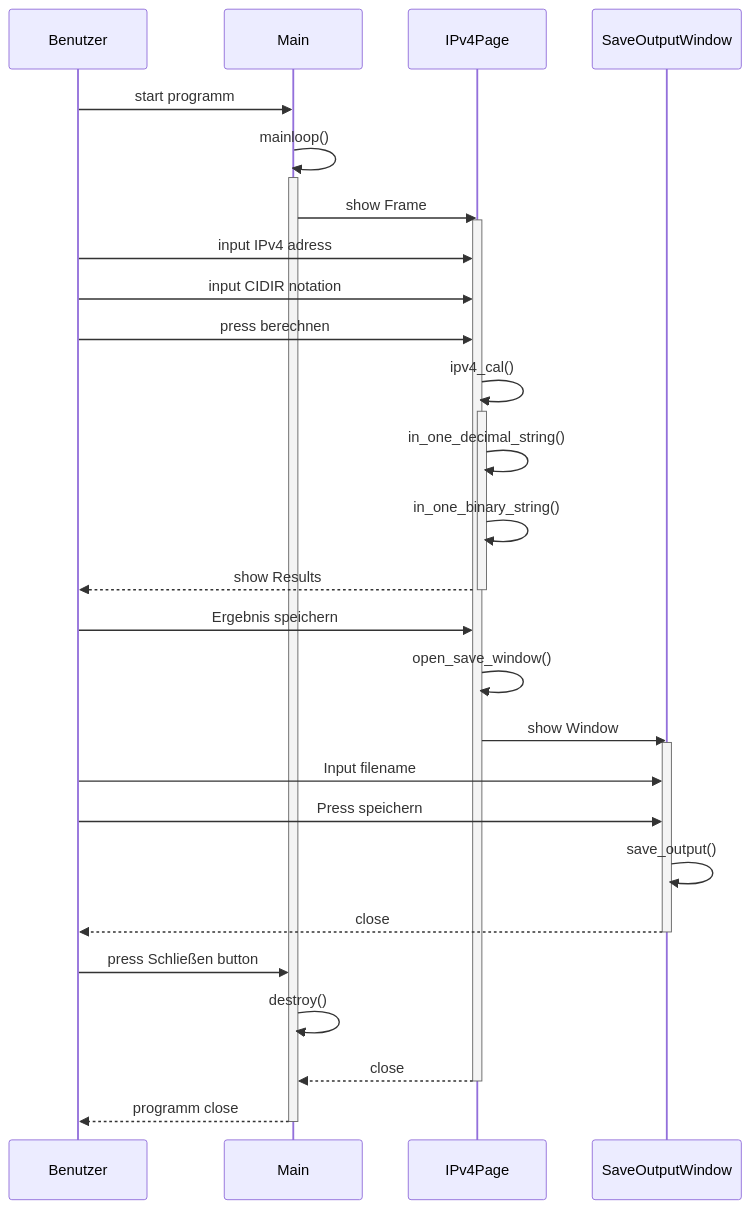
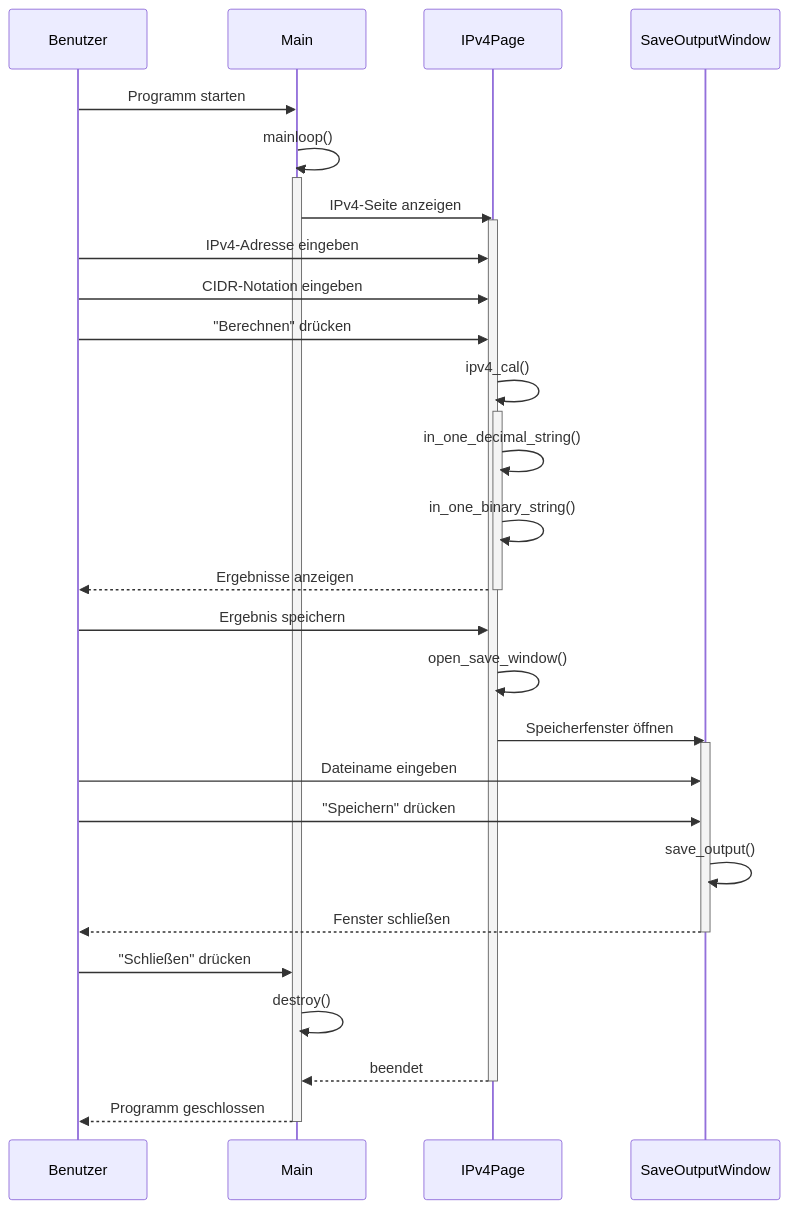
The diagram in README.md (devZenger/Netzwerkrechner), drawn with Mermaid before and after one commit. The commit also changed other lines of this file and 4 other files, not shown here.

````diff
--- a/README.md
+++ b/README.md
@@ -35,41 +69,41 @@
 ```mermaid
    sequenceDiagram
     participant User as Benutzer
     participant Main as Main
     participant IPv4Page as IPv4Page
     participant SaveOutputWindow as SaveOutputWindow
 
-    User ->> Main: start programm
+    User ->> Main: Programm starten
     
     Main ->> Main: mainloop()
     activate Main
-    Main ->> IPv4Page: show Frame
+    Main ->> IPv4Page: IPv4-Seite anzeigen
     activate IPv4Page
-    User ->> IPv4Page: input IPv4 adress
-    User ->> IPv4Page: input CIDIR notation
-    User ->> IPv4Page: press berechnen
+    User ->> IPv4Page: IPv4-Adresse eingeben
+    User ->> IPv4Page: CIDR-Notation eingeben
+    User ->> IPv4Page: "Berechnen" drücken
     
     IPv4Page ->> IPv4Page: ipv4_cal() 
     activate IPv4Page
     IPv4Page ->> IPv4Page: in_one_decimal_string()
     IPv4Page ->> IPv4Page: in_one_binary_string()
-    IPv4Page -->> User: show Results
+    IPv4Page -->> User: Ergebnisse anzeigen
     deactivate IPv4Page
 
     User ->> IPv4Page: Ergebnis speichern
     IPv4Page ->> IPv4Page: open_save_window()
-    IPv4Page ->> SaveOutputWindow: show Window
+    IPv4Page ->> SaveOutputWindow: Speicherfenster öffnen
     activate SaveOutputWindow
-    User ->> SaveOutputWindow: Input filename
-    User ->> SaveOutputWindow: Press speichern
+    User ->> SaveOutputWindow: Dateiname eingeben
+    User ->> SaveOutputWindow: "Speichern" drücken
     SaveOutputWindow ->> SaveOutputWindow: save_output()
-    SaveOutputWindow -->> User: close
+    SaveOutputWindow -->> User: Fenster schließen
     deactivate SaveOutputWindow
     
-    User ->> Main: press Schließen button
+    User ->> Main: "Schließen" drücken
     Main ->> Main: destroy()
-    IPv4Page -->> Main : close
+    IPv4Page -->> Main : beendet
     deactivate IPv4Page
-    Main -->> User: programm close
+    Main -->> User: Programm geschlossen
     deactivate Main
 ```
````
